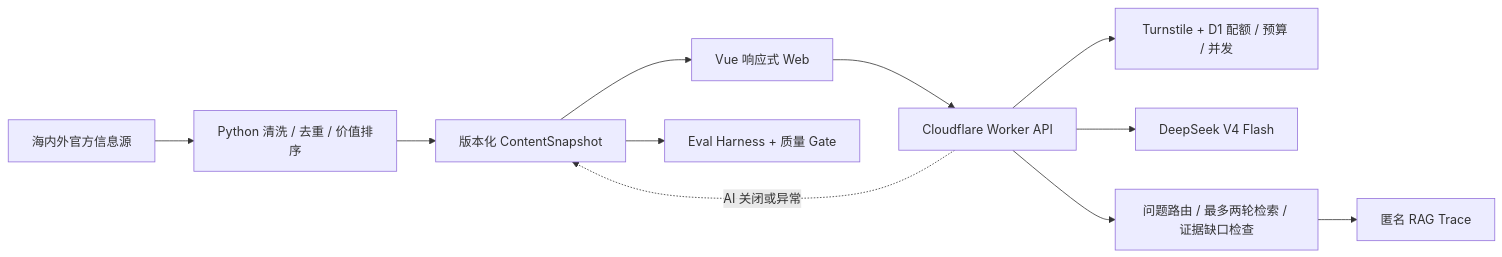
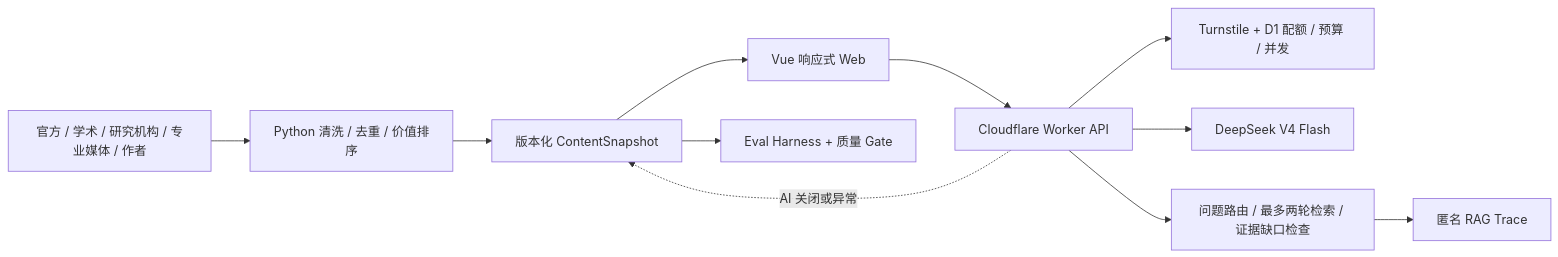
One commit to Dyj0926D/newseviday changed the diagram in README.md. Above: the diagram before and after it, drawn with Mermaid. The commit also changed other lines of this file and 27 other files, not shown here.

````diff
--- a/README.md
+++ b/README.md
@@ -32,13 +32,13 @@
 ```mermaid
 flowchart LR
-    Sources["海内外官方信息源"] --> Pipeline["Python 清洗 / 去重 / 价值排序"]
+    Sources["官方 / 学术 / 研究机构 / 专业媒体 / 作者"] --> Pipeline["Python 清洗 / 去重 / 价值排序"]
     Pipeline --> Snapshot["版本化 ContentSnapshot"]
     Snapshot --> Web["Vue 响应式 Web"]
     Web --> Worker["Cloudflare Worker API"]
     Worker --> Guardrails["Turnstile + D1 配额 / 预算 / 并发"]
     Worker --> Model["DeepSeek V4 Flash"]
     Worker --> RAG["问题路由 / 最多两轮检索 / 证据缺口检查"]
     RAG --> Trace["匿名 RAG Trace"]
     Snapshot --> Eval["Eval Harness + 质量 Gate"]
     Worker -. "AI 关闭或异常" .-> Snapshot
 ```
````
